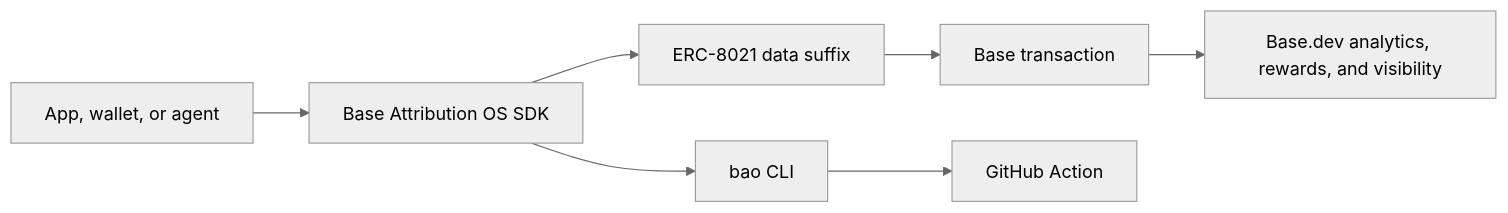
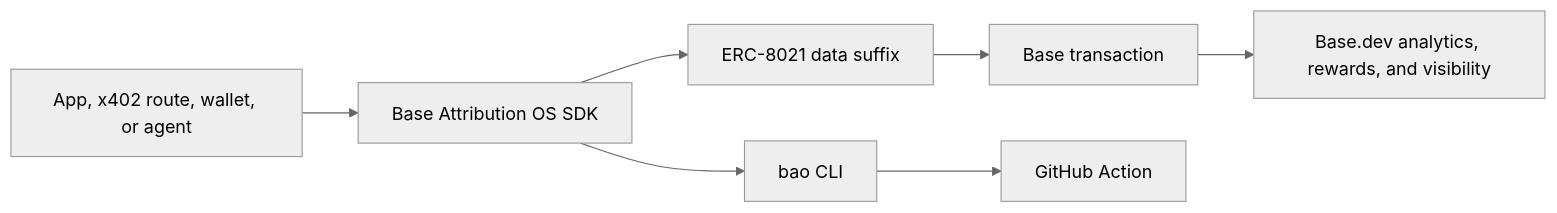
The diagram in README.md (horn111/base-attribution-os), drawn with Mermaid (neutral theme) before and after one commit. The commit also changed other lines of this file and 10 other files, not shown here.

````diff
--- a/README.md
+++ b/README.md
@@ -22,9 +26,9 @@
 ```mermaid
 flowchart LR
-  A["App, wallet, or agent"] --> B["Base Attribution OS SDK"]
+  A["App, x402 route, wallet, or agent"] --> B["Base Attribution OS SDK"]
   B --> C["ERC-8021 data suffix"]
   C --> D["Base transaction"]
   D --> E["Base.dev analytics, rewards, and visibility"]
   B --> F["bao CLI"]
   F --> G["GitHub Action"]
 ```
````
